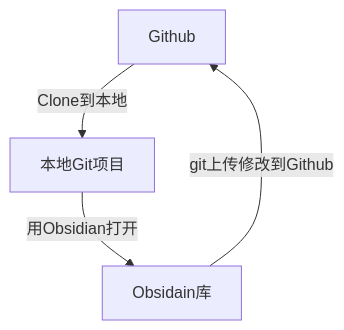
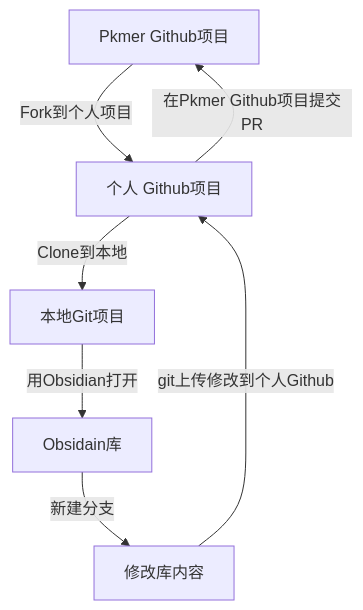
One commit to PKM-er/Pkmer-Docs changed the diagram in README.md. Above: the diagram before and after it, drawn with Mermaid. The commit also changed other lines of this file and 9 other files, not shown here.

````diff
--- a/README.md
+++ b/README.md
@@ -22,4 +52,4 @@
 ```mermaid
 flowchart TB
-A[Github] --> |Clone到本地|B[本地Git项目] --> |用Obsidian打开|C[Obsidain库] --> |git上传修改到Github|A
+A[Pkmer Github项目] -->|Fork到个人项目|B[个人 Github项目] --> |Clone到本地|C[本地Git项目] --> |用Obsidian打开|D[Obsidain库] --> |新建分支|E[修改库内容] --> |git上传修改到个人Github|B --> |在Pkmer Github项目提交PR|A
 ```
````
